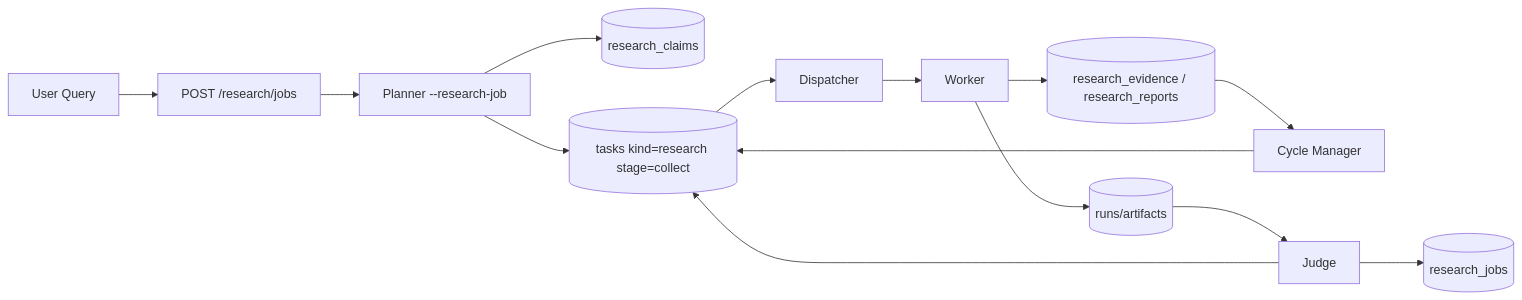
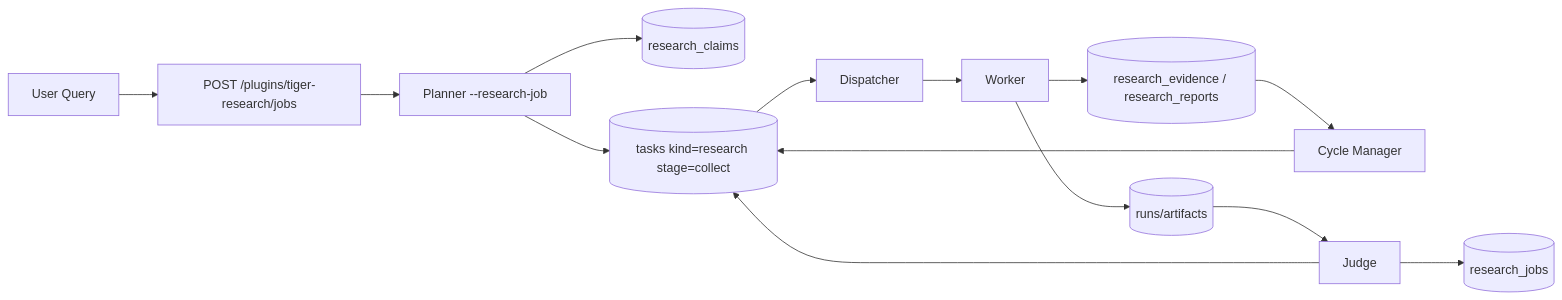
Before and after one commit to Andyyyy64/openTiger: the diagram in docs/research.md, drawn with Mermaid. The commit also changed other lines of this file and 37 other files, not shown here.

````diff
--- a/docs/research.md
+++ b/docs/research.md
@@ -33,16 +33,16 @@
 ```mermaid
 flowchart LR
-  Q[User Query] --> API[POST /research/jobs]
+  Q[User Query] --> API[POST /plugins/tiger-research/jobs]
   API --> PLAN[Planner --research-job]
   PLAN --> RC[(research_claims)]
   PLAN --> T[(tasks kind=research stage=collect)]
   T --> D[Dispatcher]
   D --> W[Worker]
   W --> RE[(research_evidence / research_reports)]
   RE --> C[Cycle Manager]
   C --> T
   W --> RUN[(runs/artifacts)]
   RUN --> J[Judge]
   J --> T
   J --> RJ[(research_jobs)]
 ```
````
